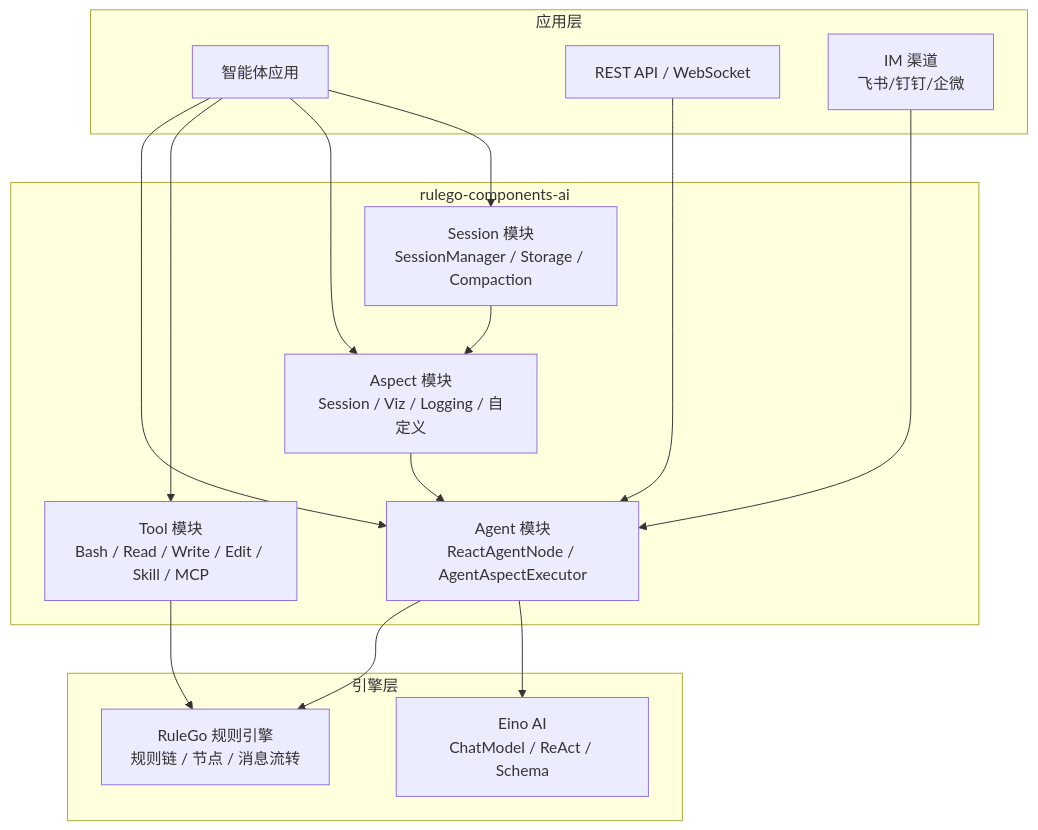
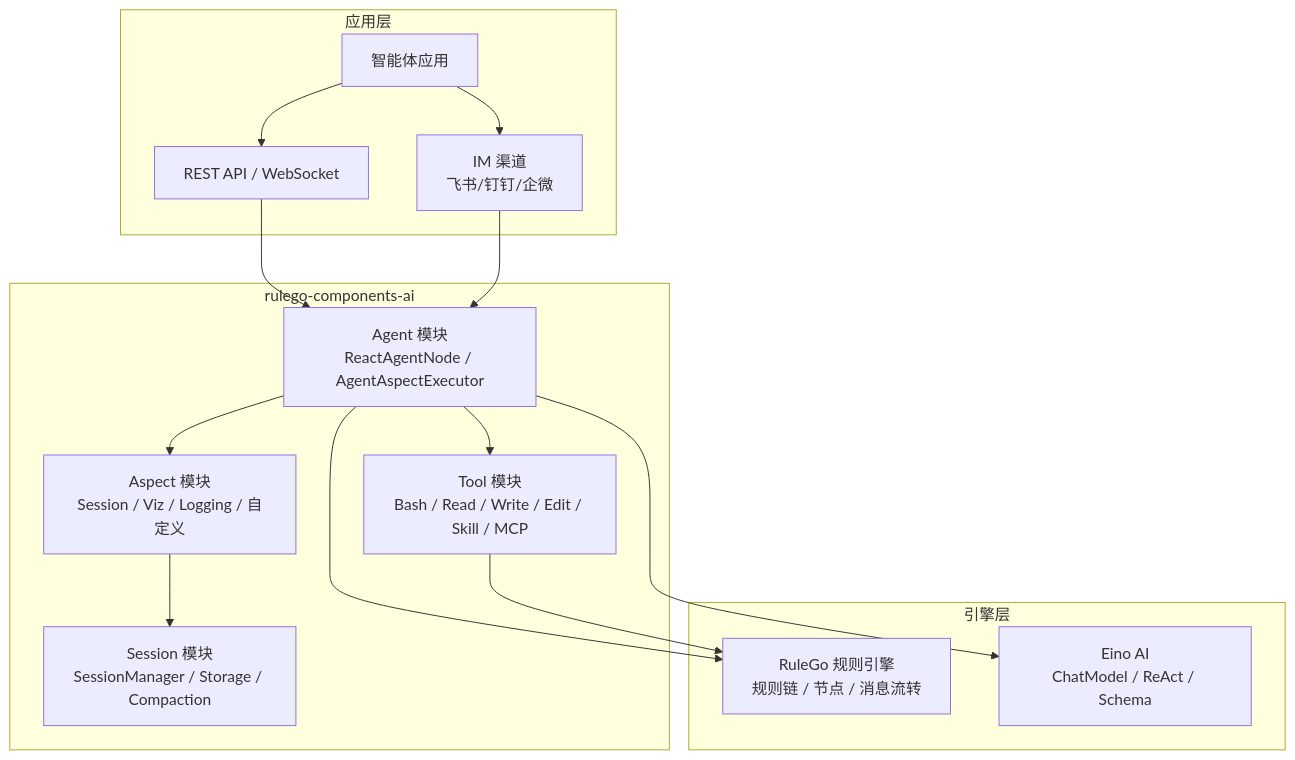
One commit to rulego/rulego-doc changed the second of 2 diagrams in docs/01.指南/04.扩展组件/06.ai/07.智能体/00.概述.md. Above: the diagram before and after it, drawn with Mermaid. The commit also changed other lines of this file and 3 other files, not shown here.

````diff
--- a/docs/01.指南/04.扩展组件/06.ai/07.智能体/00.概述.md
+++ b/docs/01.指南/04.扩展组件/06.ai/07.智能体/00.概述.md
@@ -133,33 +279,32 @@
 ```mermaid
 graph TB
     subgraph 应用层
         APP["智能体应用"]
         API["REST API / WebSocket"]
         IM["IM 渠道<br/>飞书/钉钉/企微"]
     end
 
     subgraph 框架层["rulego-components-ai"]
         AGENT["Agent 模块<br/>ReactAgentNode / AgentAspectExecutor"]
         TOOL["Tool 模块<br/>Bash / Read / Write / Edit / Skill / MCP"]
         ASPECT["Aspect 模块<br/>Session / Viz / Logging / 自定义"]
         SESSION["Session 模块<br/>SessionManager / Storage / Compaction"]
     end
 
     subgraph 引擎层
         RULEGO["RuleGo 规则引擎<br/>规则链 / 节点 / 消息流转"]
         EINO["Eino AI<br/>ChatModel / ReAct / Schema"]
     end
 
-    APP --> AGENT
-    APP --> TOOL
-    APP --> ASPECT
-    APP --> SESSION
+    APP --> API
+    APP --> IM
     API --> AGENT
     IM --> AGENT
 
+    AGENT --> TOOL
+    AGENT --> ASPECT
+    ASPECT --> SESSION
     AGENT --> RULEGO
     AGENT --> EINO
     TOOL --> RULEGO
-    ASPECT --> AGENT
-    SESSION --> ASPECT
 ```
````
